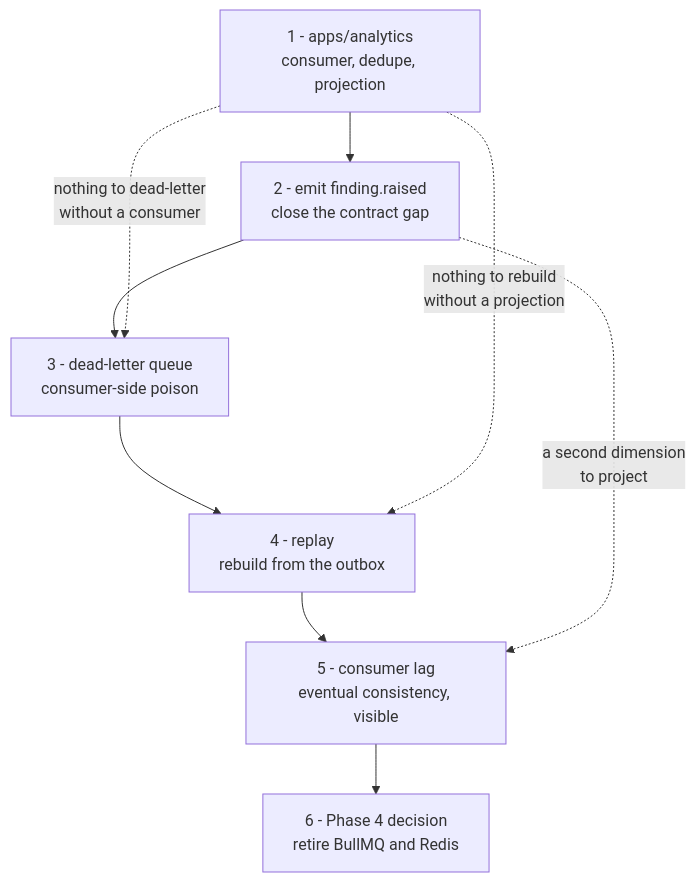
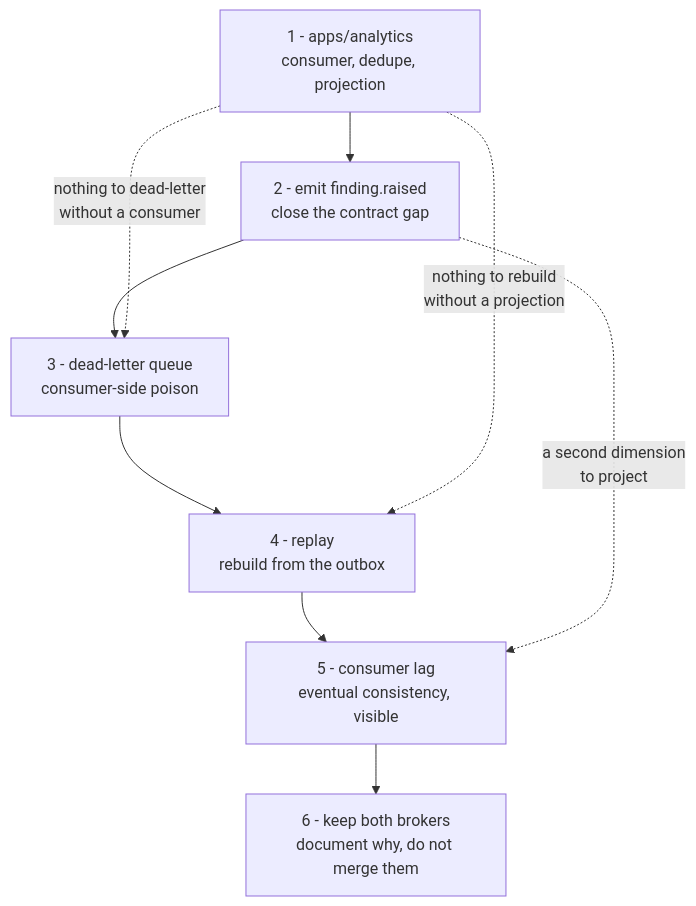
The diagram in docs/superpowers/plans/2026-09-06-event-backbone.md (DNikolaiev/RAG-LLM-Document-Intelligence), drawn with Mermaid before and after one commit. The commit also changed other lines of this file, not shown here.

First line of the commit message:
Record that both brokers stay (user, 2026-09-06)

````diff
--- a/docs/superpowers/plans/2026-09-06-event-backbone.md
+++ b/docs/superpowers/plans/2026-09-06-event-backbone.md
@@ -85,14 +85,14 @@
 ```mermaid
 flowchart TD
   S1["1 - apps/analytics<br/>consumer, dedupe, projection"]
   S2["2 - emit finding.raised<br/>close the contract gap"]
   S3["3 - dead-letter queue<br/>consumer-side poison"]
   S4["4 - replay<br/>rebuild from the outbox"]
   S5["5 - consumer lag<br/>eventual consistency, visible"]
-  S6["6 - Phase 4 decision<br/>retire BullMQ and Redis"]
+  S6["6 - keep both brokers<br/>document why, do not merge them"]
 
   S1 --> S2 --> S3 --> S4 --> S5 --> S6
   S1 -. "nothing to dead-letter<br/>without a consumer" .-> S3
   S1 -. "nothing to rebuild<br/>without a projection" .-> S4
   S2 -. "a second dimension<br/>to project" .-> S5
 ```
````
